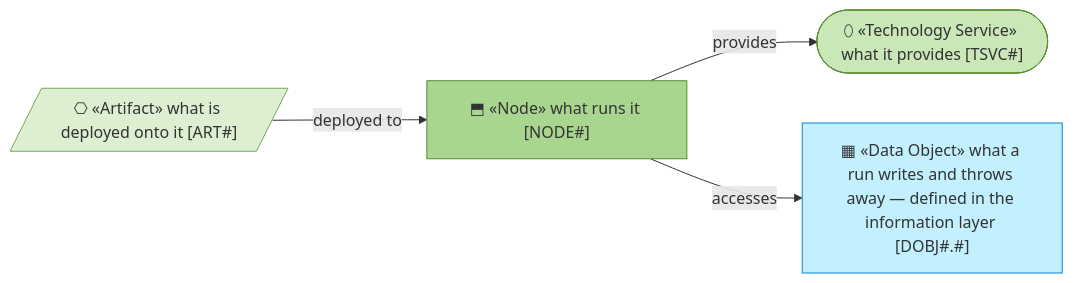
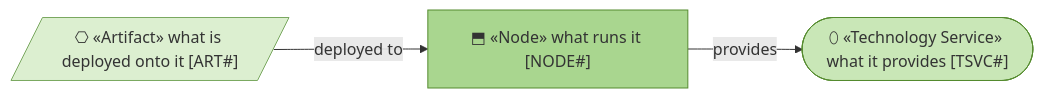
Before and after one commit to roanboc/architecture-archreator: the diagram in product-archreator/architecture/5_technology/1_technology-and-deployment.md, drawn with Mermaid. The commit also changed other lines of this file and 6 other files, not shown here.

First line of the commit message:
docs: Direction is granted on the roadmap, and the Requester's answers redraw two plateaus

````diff
--- a/product-archreator/architecture/5_technology/1_technology-and-deployment.md
+++ b/product-archreator/architecture/5_technology/1_technology-and-deployment.md
@@ -16,16 +16,13 @@
 ```mermaid
 flowchart LR
   node["⬒ «Node» what runs it [NODE#]"]:::tech
   tsvc(["⬯ «Technology Service» what it provides [TSVC#]"]):::tsvc
   art[/"⎔ «Artifact» what is deployed onto it [ART#]"/]:::art
-  dobj["▦ «Data Object» what a run writes and throws away — defined in the information layer [DOBJ#.#]"]:::info
 
   node -->|provides| tsvc
   art -->|deployed to| node
-  node -->|accesses| dobj
 
   classDef tech fill:#a9d68f,stroke:#558b2f,color:#333
   classDef tsvc fill:#c9e7b7,stroke:#558b2f,color:#333
   classDef art fill:#dcefd0,stroke:#7aa860,color:#333
-  classDef info fill:#c2f0ff,stroke:#0288d1,color:#333
 ```
````
